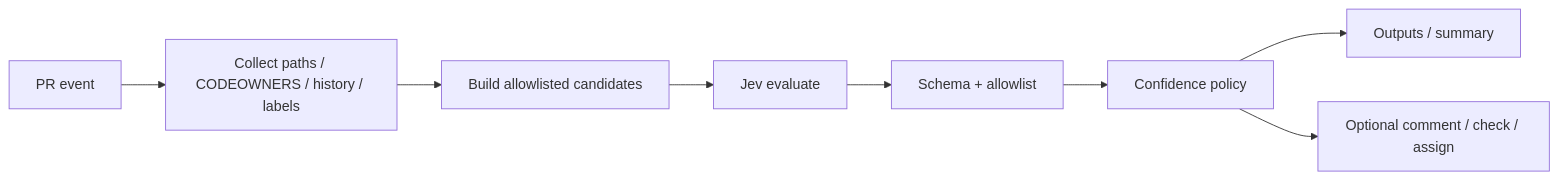
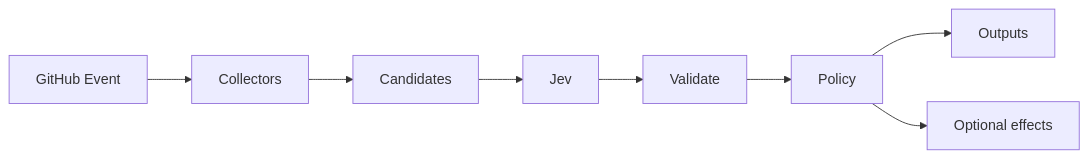
One commit to JevForge/jev-reviewer-navigator changed the diagram in README.md. Above: the diagram before and after it, drawn with Mermaid. The commit also changed other lines of this file and 14 other files, not shown here.

````diff
--- a/README.md
+++ b/README.md
@@ -19,10 +50,10 @@
 ```mermaid
 flowchart LR
-  event[PR event] --> collect[Collect paths / CODEOWNERS / history / labels]
-  collect --> candidates[Build allowlisted candidates]
-  candidates --> jev[Jev evaluate]
-  jev --> validate[Schema + allowlist]
-  validate --> policy[Confidence policy]
-  policy --> outputs[Outputs / summary]
-  policy --> effects[Optional comment / check / assign]
+  A[GitHub Event] --> B[Collectors]
+  B --> C[Candidates]
+  C --> D[Jev]
+  D --> E[Validate]
+  E --> F[Policy]
+  F --> G[Outputs]
+  F --> H[Optional effects]
 ```
````
